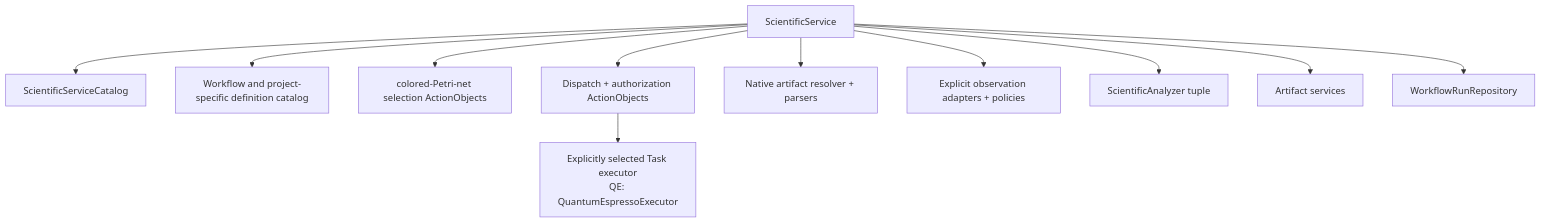
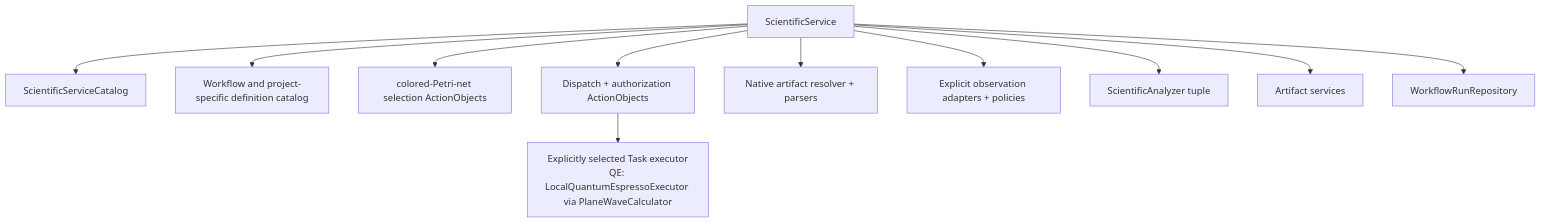
One commit to eragasa/ksdft2effmass changed the diagram in docs/architecture/v2/ksdft2effmass/workflows/service-model.md. Above: the diagram before and after it, drawn with Mermaid. The commit also changed 119 other files, not shown here.

Commit message:
Complete Quantum ESPRESSO integration boundary

````diff
--- a/docs/architecture/v2/ksdft2effmass/workflows/service-model.md
+++ b/docs/architecture/v2/ksdft2effmass/workflows/service-model.md
@@ -20,13 +20,13 @@
 ```mermaid
 flowchart TB
     service["ScientificService"] --> catalog["ScientificServiceCatalog"]
     service --> definitions["Workflow and project-specific definition catalog"]
     service --> selection["colored-Petri-net selection ActionObjects"]
     service --> dispatch["Dispatch + authorization ActionObjects"]
-    dispatch --> executors["Explicitly selected Task executor<br/>QE: QuantumEspressoExecutor"]
+    dispatch --> executors["Explicitly selected Task executor<br/>QE: LocalQuantumEspressoExecutor via PlaneWaveCalculator"]
     service --> parsing["Native artifact resolver + parsers"]
     service --> normalization["Explicit observation adapters + policies"]
     service --> analyzers["ScientificAnalyzer tuple"]
     service --> artifacts["Artifact services"]
     service --> repository["WorkflowRunRepository"]
 ```
````
